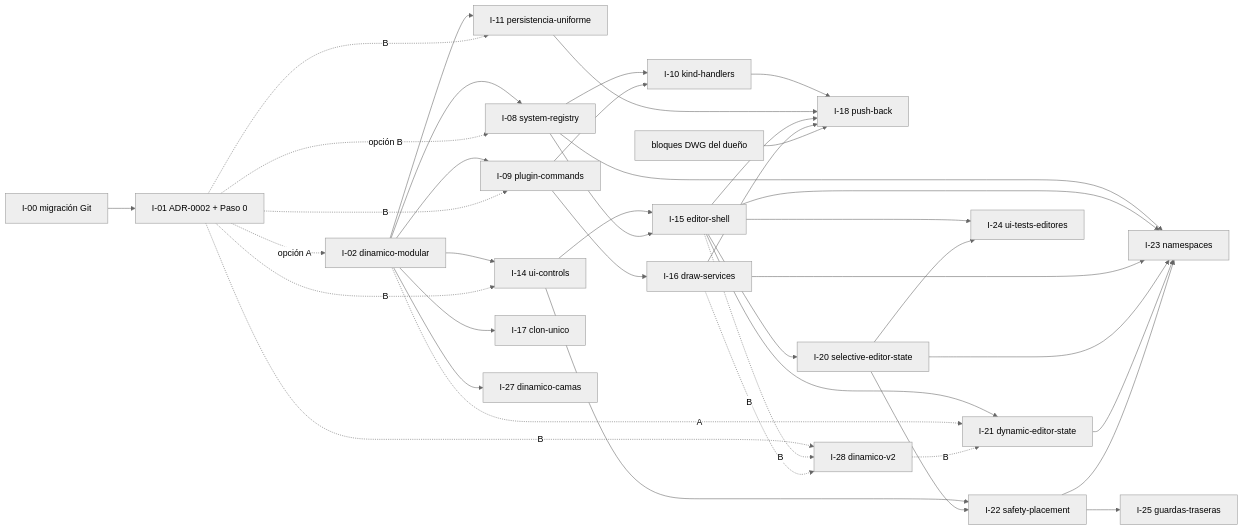
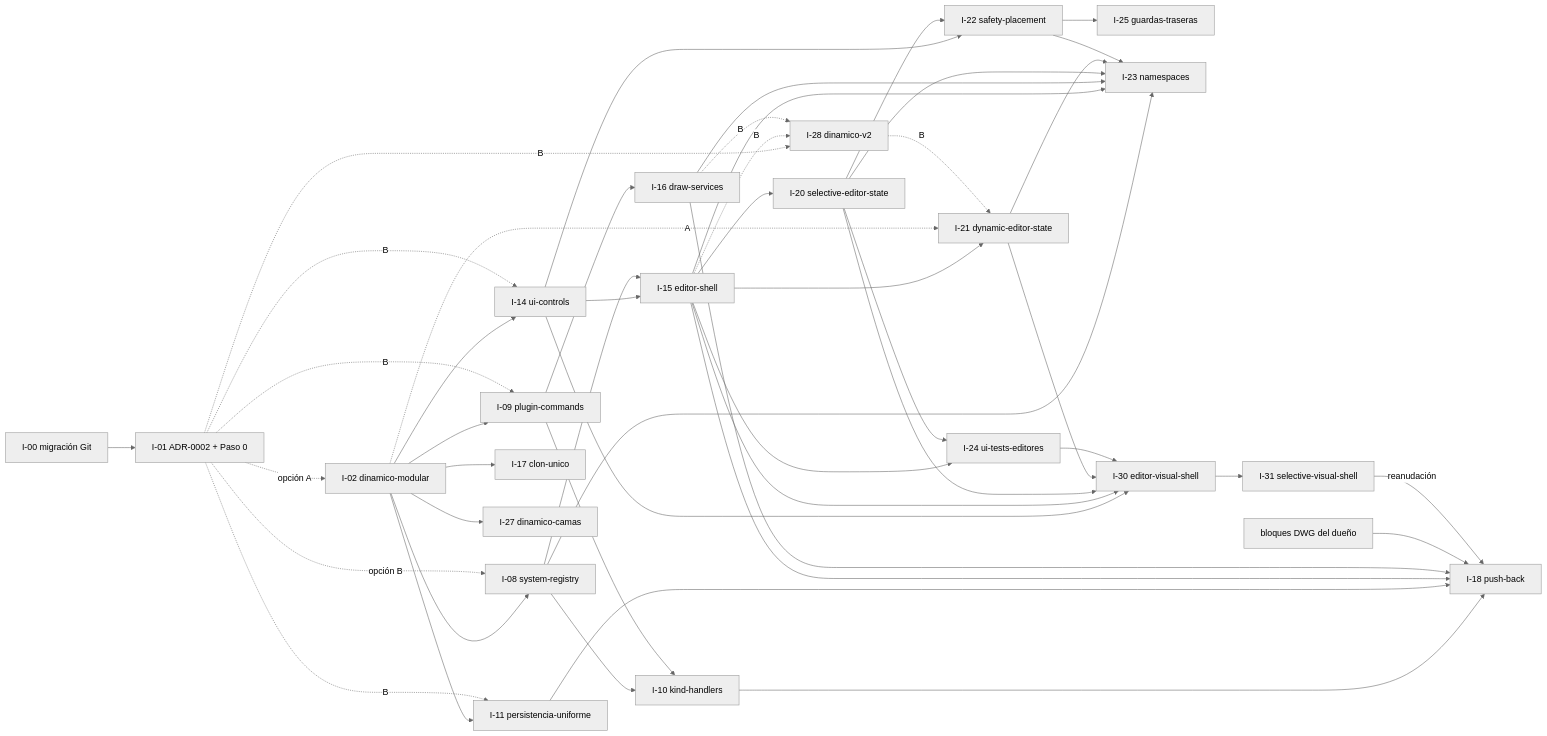
Before and after one commit to marioap-afk/Calculadora_de_racks: the diagram in docs/ROADMAP.md, drawn with Mermaid (neutral theme). The commit also changed other lines of this file, not shown here.

First line of the commit message:
ROADMAP: registra I-30 (shell visual de editores) e I-31 (Selectivo al shell)

````diff
--- a/docs/ROADMAP.md
+++ b/docs/ROADMAP.md
@@ -169,43 +176,50 @@
 ```mermaid
 graph LR
   I00[I-00 migración Git] --> I01[I-01 ADR-0002 + Paso 0]
   I01 -.opción A.-> I02[I-02 dinamico-modular]
   I02 --> I08[I-08 system-registry]
   I01 -.opción B.-> I08
   I02 --> I09[I-09 plugin-commands]
   I01 -.B.-> I09
   I02 --> I11[I-11 persistencia-uniforme]
   I01 -.B.-> I11
   I02 --> I14[I-14 ui-controls]
   I01 -.B.-> I14
   I02 --> I17[I-17 clon-unico]
   I02 --> I27[I-27 dinamico-camas]
   I08 --> I10[I-10 kind-handlers]
   I09 --> I10
   I09 --> I16[I-16 draw-services]
   I14 --> I15[I-15 editor-shell]
   I08 --> I15
   I10 --> I18[I-18 push-back]
   I11 --> I18
   I15 --> I18
   I16 --> I18
   DWG[bloques DWG del dueño] --> I18
   I01 -.B.-> I28[I-28 dinamico-v2]
   I15 -.B.-> I28
   I16 -.B.-> I28
   I15 --> I20[I-20 selective-editor-state]
   I15 --> I21[I-21 dynamic-editor-state]
   I02 -.A.-> I21
   I28 -.B.-> I21
   I14 --> I22[I-22 safety-placement]
   I20 --> I22
   I22 --> I25[I-25 guardas-traseras]
   I08 --> I23[I-23 namespaces]
   I15 --> I23
   I16 --> I23
   I20 --> I23
   I21 --> I23
   I22 --> I23
   I15 --> I24[I-24 ui-tests-editores]
   I20 --> I24
+  I14 --> I30[I-30 editor-visual-shell]
+  I15 --> I30
+  I20 --> I30
+  I21 --> I30
+  I24 --> I30
+  I30 --> I31[I-31 selective-visual-shell]
+  I31 -->|reanudación| I18
 ```
````
